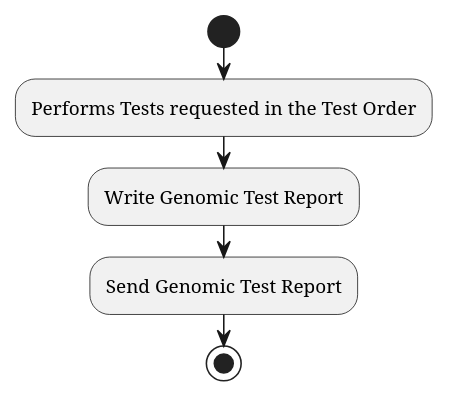
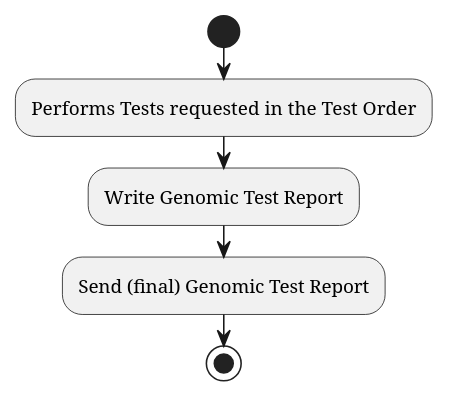
The diagram in input/images-source/LTW-usecase-4-activity.plantuml (nw-gmsa/nw-gmsa.github.com), drawn with PlantUML before and after one commit. The commit also changed 1 other file, not shown here.

Commit message:
Added enterprise architecture diagrams

```diff
--- a/input/images-source/LTW-usecase-4-activity.plantuml
+++ b/input/images-source/LTW-usecase-4-activity.plantuml
@@ -1,10 +1,10 @@
 @startuml
 
 start
 
 :Performs Tests requested in the Test Order;
 :Write Genomic Test Report;
-:Send Genomic Test Report;
+:Send (final) Genomic Test Report;
 
 stop
 @enduml
```
